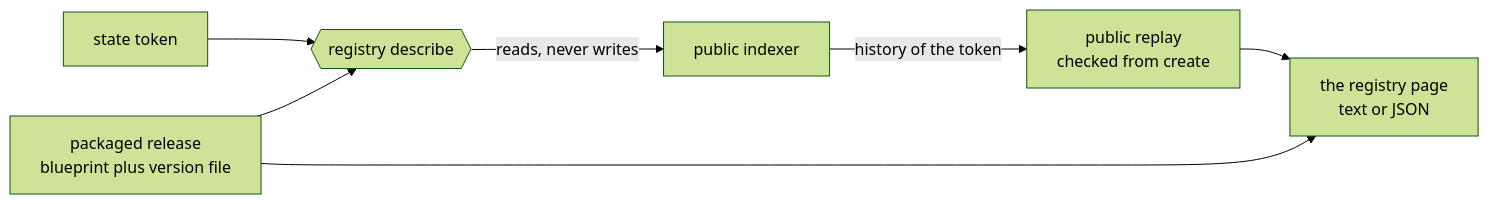
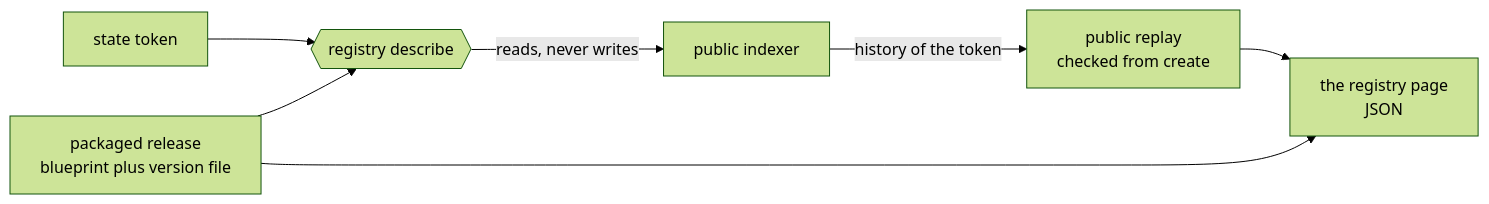
One commit to lambdasistemi/singular changed the diagram in docs/registry-page.md. Above: the diagram before and after it, drawn with Mermaid (forest theme). The commit also changed other lines of this file and 12 other files, not shown here.

Commit message:
docs: the registry page prints as indented JSON

````diff
--- a/docs/registry-page.md
+++ b/docs/registry-page.md
@@ -11,9 +12,9 @@
 ```mermaid
 flowchart LR
     token[state token] --> describe
     release[packaged release<br/>blueprint plus version file] --> describe
     describe{{registry describe}} -->|reads, never writes| koios[public indexer]
     koios -->|history of the token| replay[public replay<br/>checked from create]
-    replay --> page[the registry page<br/>text or JSON]
+    replay --> page[the registry page<br/>JSON]
     release --> page
 ```
````
